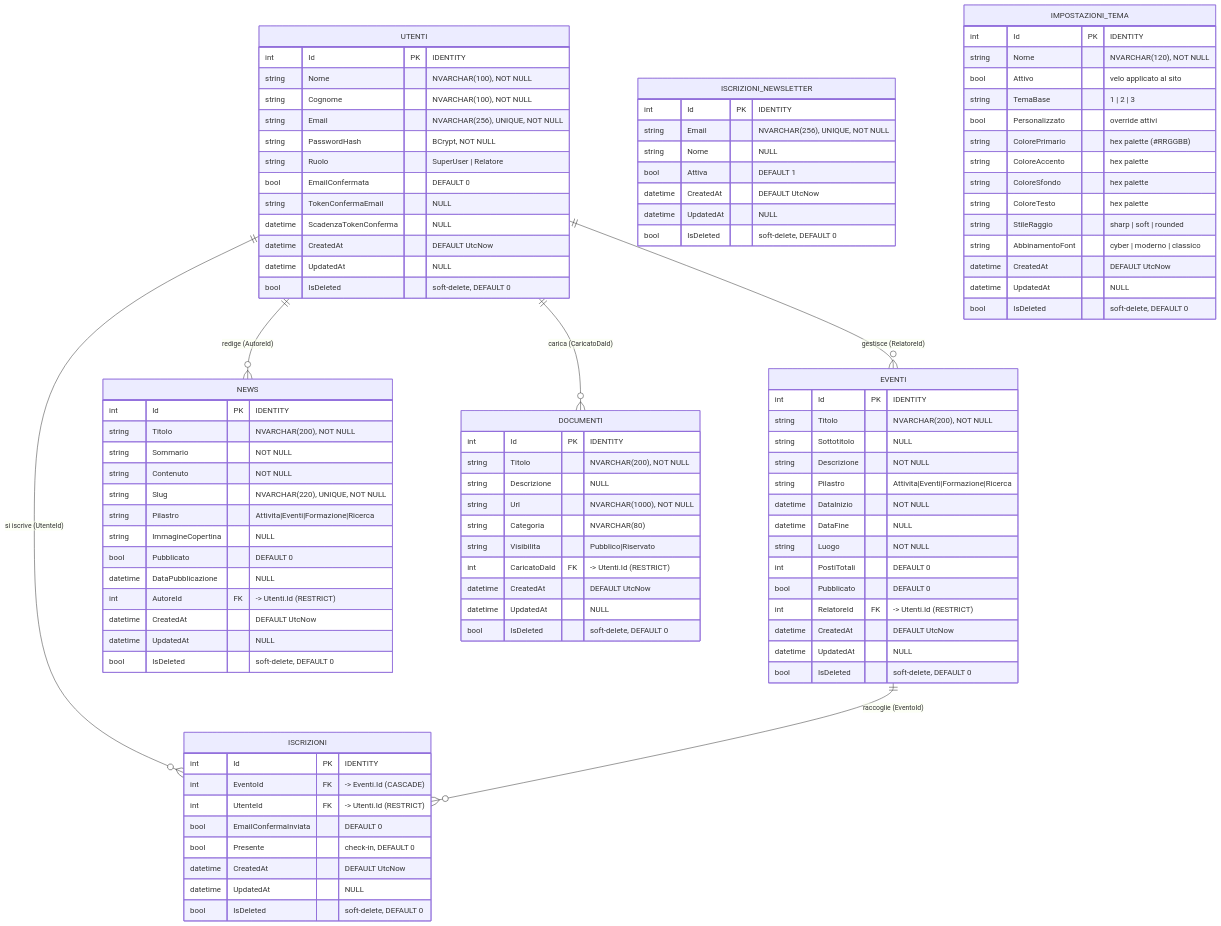
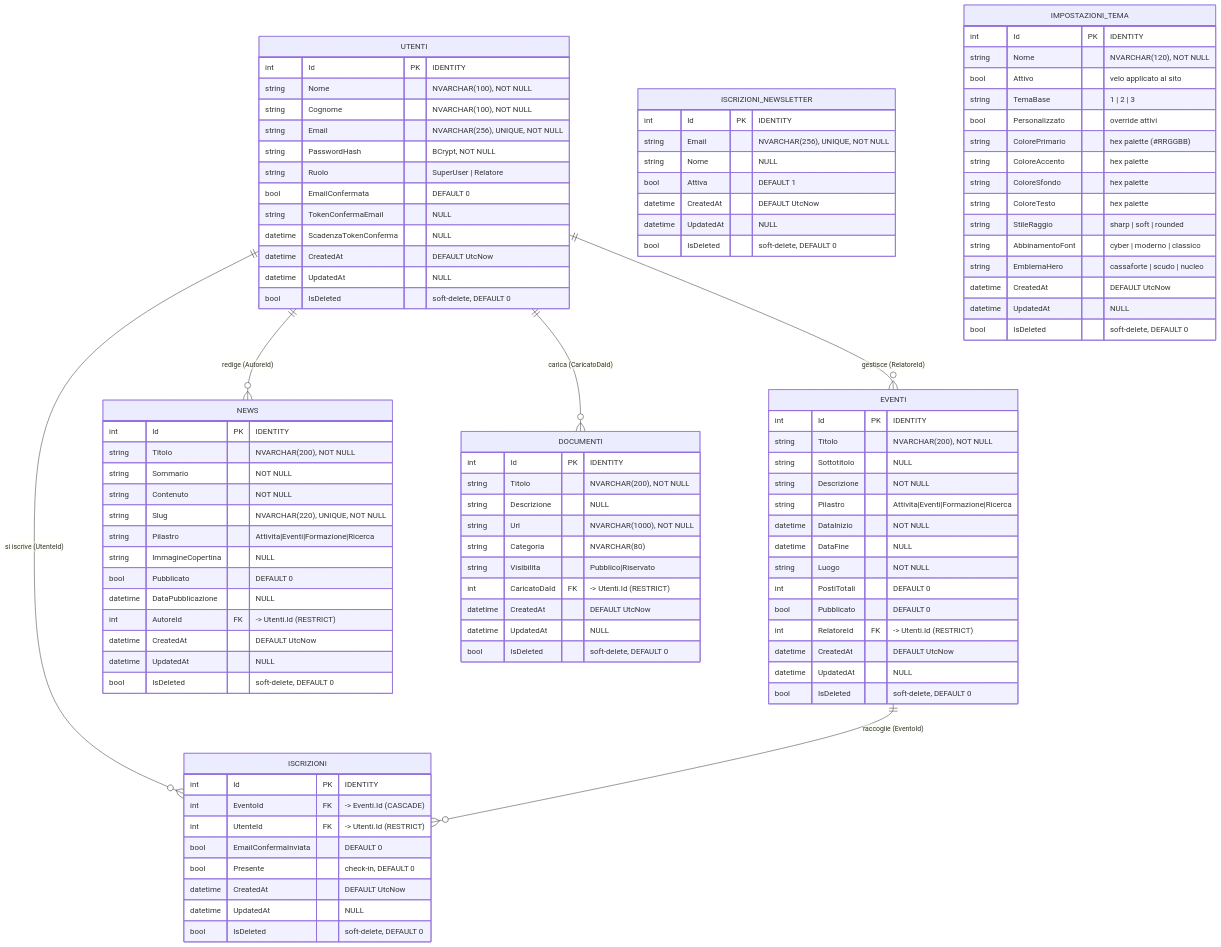
The diagram in DATABASE_ARCHITECTURE.md (ClaudioLoreto/FederazioneInnovazioneDigitaleCybersicurezza), drawn with Mermaid before and after one commit. The commit also changed other lines of this file and 54 other files, not shown here.

```diff
--- a/DATABASE_ARCHITECTURE.md
+++ b/DATABASE_ARCHITECTURE.md
@@ -116,6 +116,7 @@
         string ColoreTesto "hex palette"
         string StileRaggio "sharp | soft | rounded"
         string AbbinamentoFont "cyber | moderno | classico"
+        string EmblemaHero "cassaforte | scudo | nucleo"
         datetime CreatedAt "DEFAULT UtcNow"
         datetime UpdatedAt "NULL"
         bool IsDeleted "soft-delete, DEFAULT 0"
```
